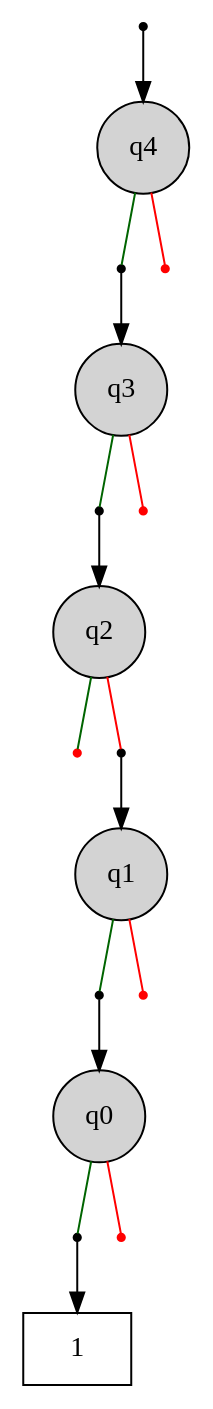
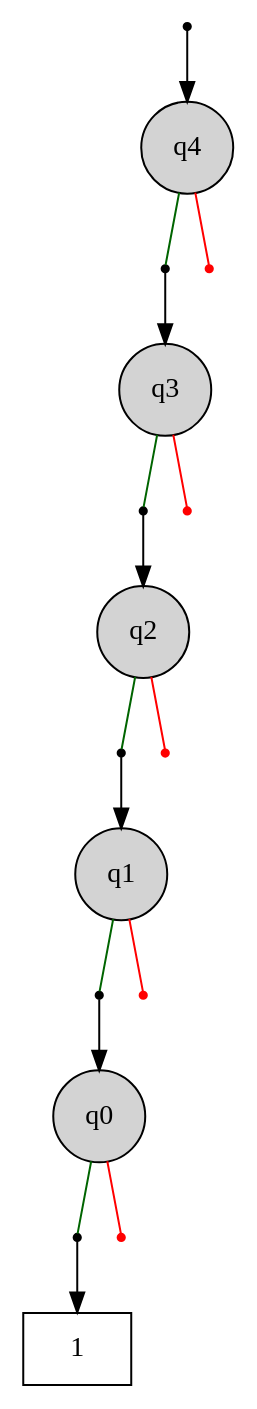
The diagram in data/1.dot (cda-tum/mqt-ddvis), drawn with Graphviz before and after one commit. The commit also changed 4 other files, not shown here.

```diff
--- a/data/1.dot
+++ b/data/1.dot
@@ -1,44 +1,44 @@
 digraph "DD" {
 graph [center=true, ordering=out];
 node [shape=circle, center=true];
 "T" [ shape = box, label="1" ];
 "R" [label="", shape=point];
 "0" [ label="q4" ,style=filled, fillcolor=lightgray ];
 "0h0"  [label="", shape=point];
 "0h2"  [label="", shape=point , fillcolor=red, color=red];
 "1" [ label="q3" ,style=filled, fillcolor=lightgray ];
 "1h0"  [label="", shape=point];
 "1h2"  [label="", shape=point , fillcolor=red, color=red];
 "2" [ label="q2" ,style=filled, fillcolor=lightgray ];
-"2h0"  [label="", shape=point , fillcolor=red, color=red];
-"2h2"  [label="", shape=point];
+"2h0"  [label="", shape=point];
+"2h2"  [label="", shape=point , fillcolor=red, color=red];
 "3" [ label="q1" ,style=filled, fillcolor=lightgray ];
 "3h0"  [label="", shape=point];
 "3h2"  [label="", shape=point , fillcolor=red, color=red];
 "4" [ label="q0" ,style=filled, fillcolor=lightgray ];
 "4h0"  [label="", shape=point ];
 "4h2"  [label="", shape=point , fillcolor=red, color=red];
 
 "R" -> "0"
 {rank=same; "0h0" "0h2"}
 "0" -> "0h0" [arrowhead=none,color=darkgreen];
 "0h0" -> "1";
 "0" -> "0h2" [arrowhead=none,color=red];
 {rank=same; "1h0" "1h2"}
 "1" -> "1h0" [arrowhead=none,color=darkgreen];
 "1h0" -> "2";
 "1" -> "1h2" [arrowhead=none,color=red];
 {rank=same; "2h0" "2h2"}
 "2" -> "2h0" [arrowhead=none,color=darkgreen];
+"2h0" -> "3";
 "2" -> "2h2" [arrowhead=none,color=red];
-"2h2" -> "3";
 {rank=same; "3h0" "3h2"}
 "3" -> "3h0" [arrowhead=none,color=darkgreen];
 "3h0" -> "4";
 "3" -> "3h2" [arrowhead=none,color=red];
 {rank=same; "4h0" "4h2"}
 "4" -> "4h0" [arrowhead=none,color=darkgreen];
 "4h0"-> "T";
 "4" -> "4h2" [arrowhead=none,color=red];
 
 }
```
